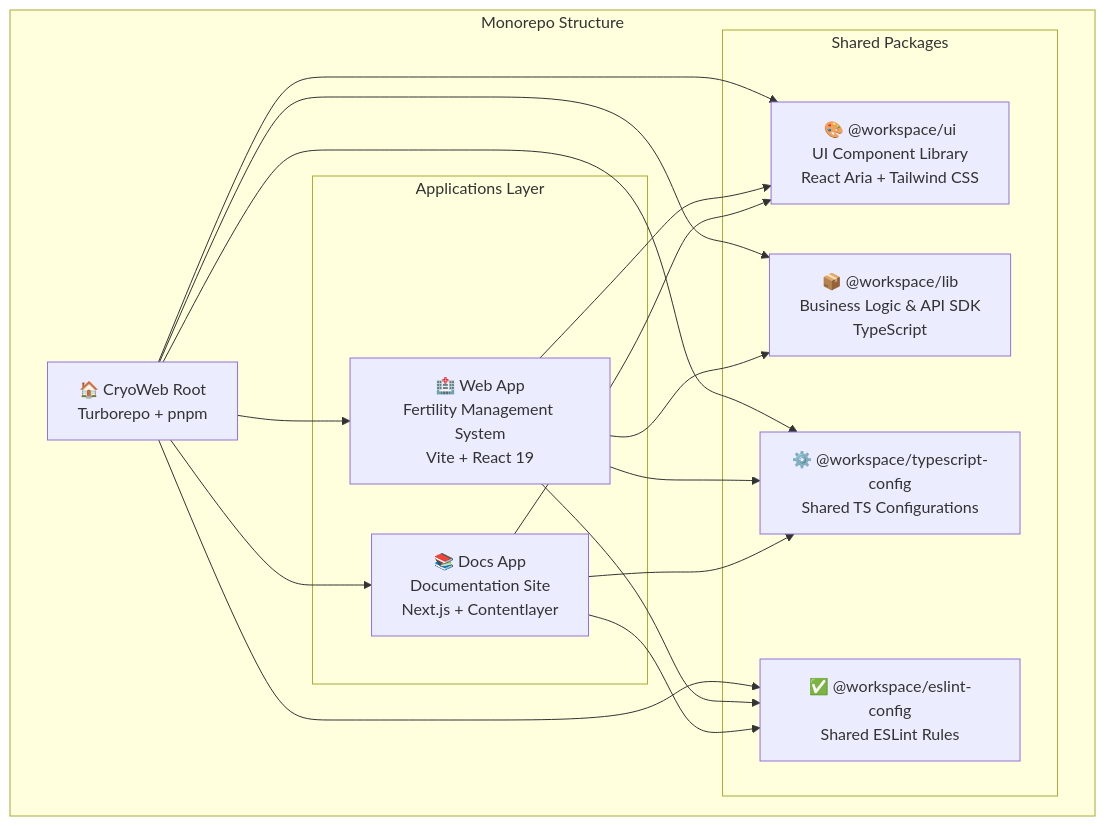
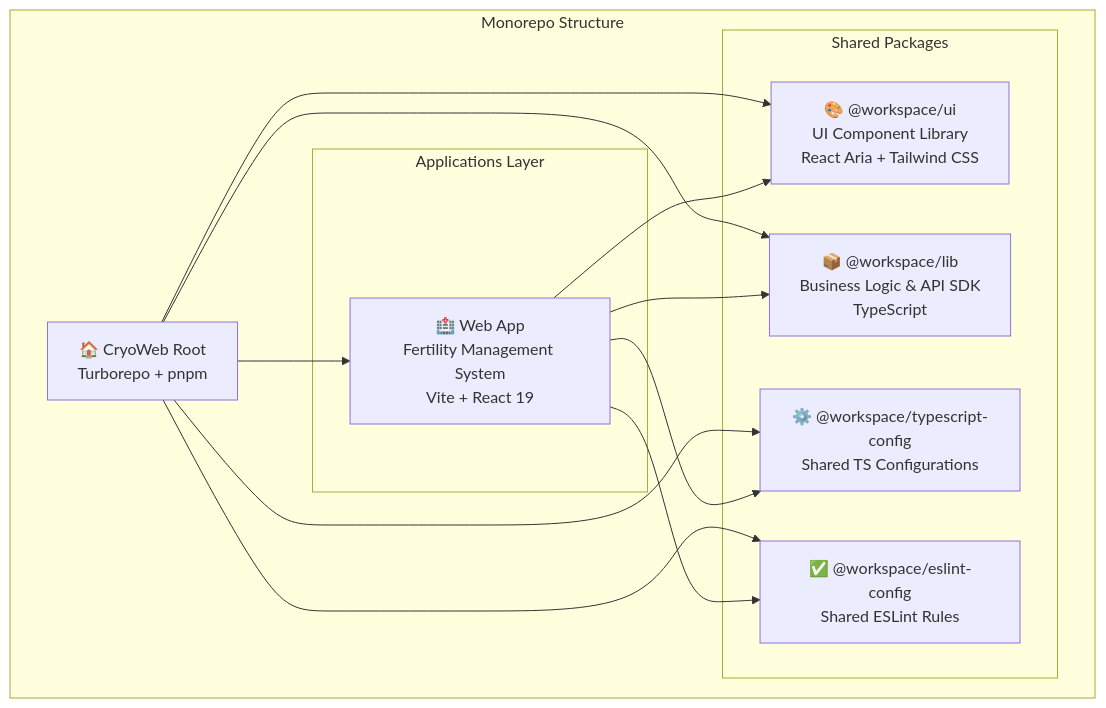
Before and after one commit to devnguyen0111/cryoweb: the first of 12 diagrams in ARCHITECTURE_OVERVIEW.md, drawn with Mermaid. The commit also changed other lines of this file and 306 other files, not shown here.

````diff
--- a/ARCHITECTURE_OVERVIEW.md
+++ b/ARCHITECTURE_OVERVIEW.md
@@ -5,34 +5,28 @@
 ```mermaid
 graph TB
     subgraph "Monorepo Structure"
         Root[🏠 CryoWeb Root<br/>Turborepo + pnpm]
 
         subgraph "Applications Layer"
             WebApp[🏥 Web App<br/>Fertility Management System<br/>Vite + React 19]
-            DocsApp[📚 Docs App<br/>Documentation Site<br/>Next.js + Contentlayer]
         end
 
         subgraph "Shared Packages"
             UI[🎨 @workspace/ui<br/>UI Component Library<br/>React Aria + Tailwind CSS]
             Lib[📦 @workspace/lib<br/>Business Logic & API SDK<br/>TypeScript]
             TSConfig[⚙️ @workspace/typescript-config<br/>Shared TS Configurations]
             ESLintConfig[✅ @workspace/eslint-config<br/>Shared ESLint Rules]
         end
 
         Root --> WebApp
-        Root --> DocsApp
         Root --> UI
         Root --> Lib
         Root --> TSConfig
         Root --> ESLintConfig
 
         WebApp --> UI
         WebApp --> Lib
         WebApp --> TSConfig
         WebApp --> ESLintConfig
-
-        DocsApp --> UI
-        DocsApp --> TSConfig
-        DocsApp --> ESLintConfig
     end
 ```
````
